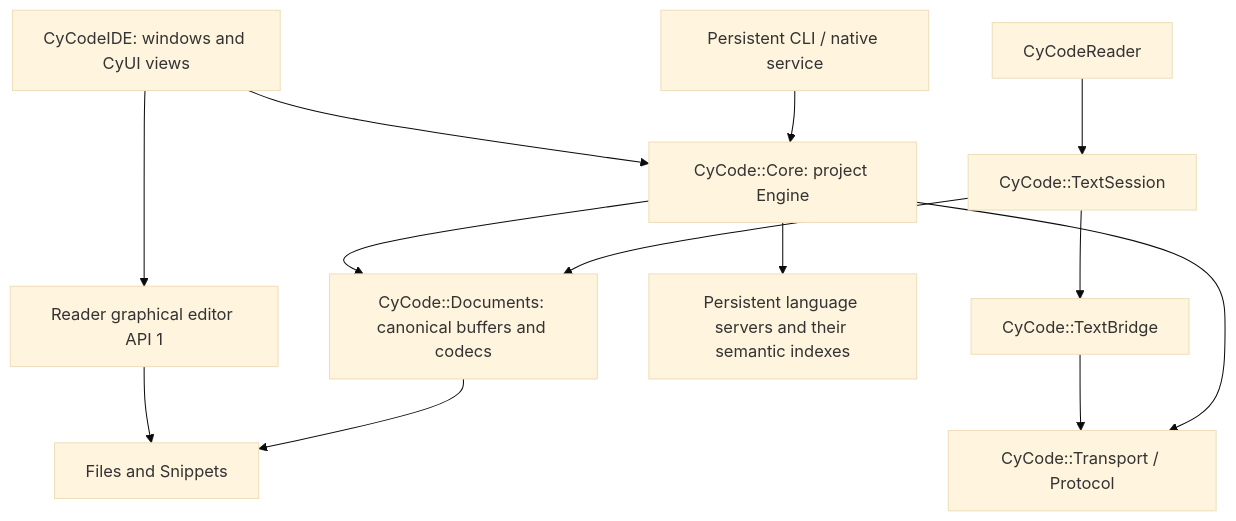
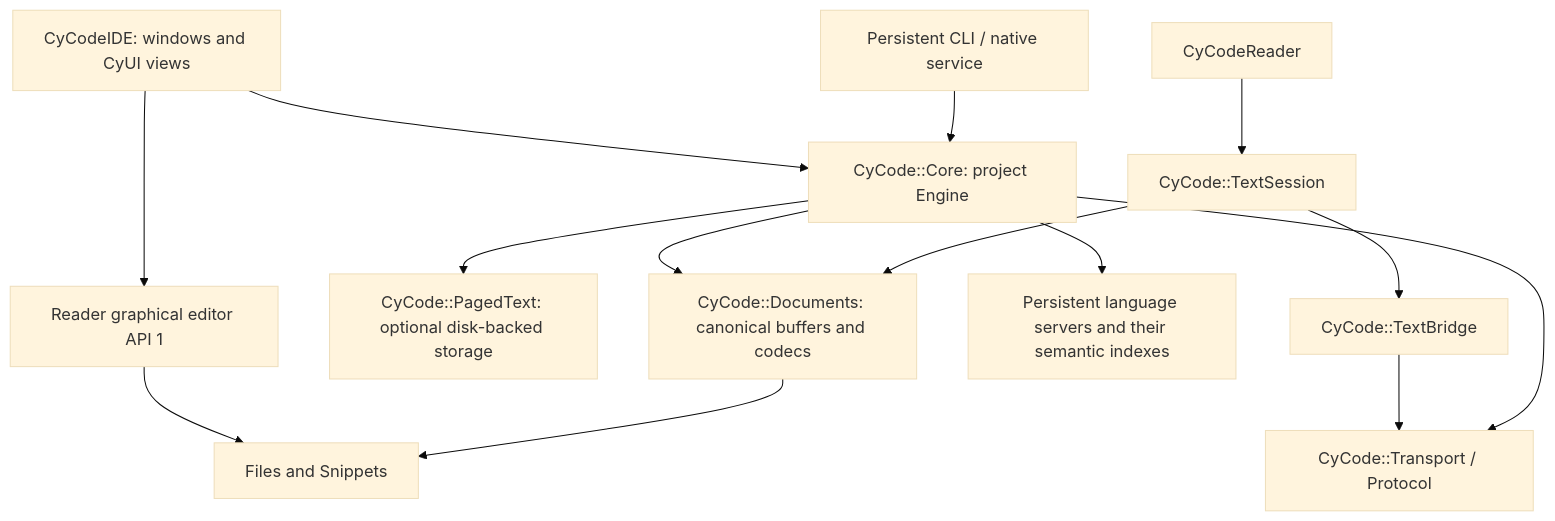
The diagram in app/Docs/CoreExtraction.md (MrMybal/CyCode), drawn with Mermaid (base theme) before and after one commit. The commit also changed other lines of this file and 57 other files, not shown here.

Commit message:
Add shared paged text, durable recovery and validated agent delivery

````diff
--- a/app/Docs/CoreExtraction.md
+++ b/app/Docs/CoreExtraction.md
@@ -10,15 +10,16 @@
 ```mermaid
 flowchart TB
   IDE[CyCodeIDE: windows and CyUI views] --> Engine[CyCode::Core: project Engine]
   CLI[Persistent CLI / native service] --> Engine
   Reader[CyCodeReader] --> Text[CyCode::TextSession]
   IDE --> Editor[Reader graphical editor API 1]
+  Engine --> Paged[CyCode::PagedText: optional disk-backed storage]
   Engine --> Buffers[CyCode::Documents: canonical buffers and codecs]
   Text --> Buffers
   Engine --> Backend[Persistent language servers and their semantic indexes]
   Text --> Bridge[CyCode::TextBridge]
   Bridge --> Transport[CyCode::Transport / Protocol]
   Engine --> Transport
   Editor --> Common[Files and Snippets]
   Buffers --> Common
 ```
````
